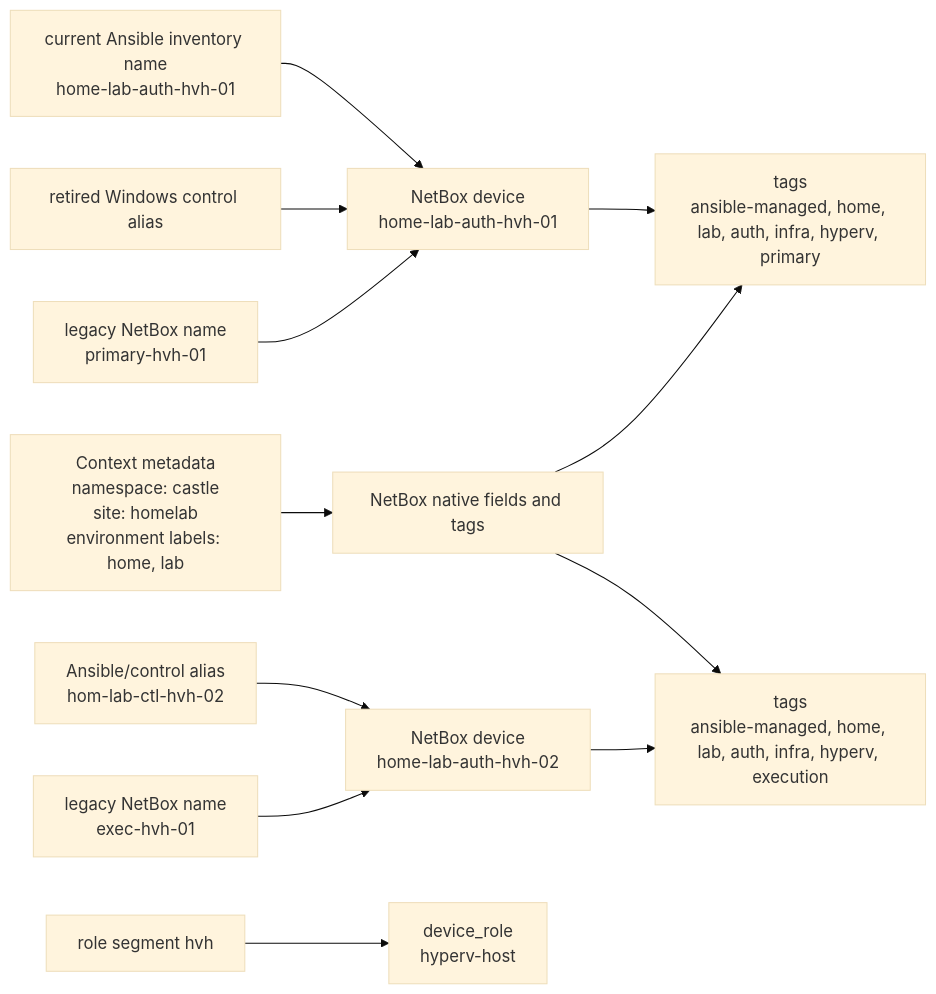
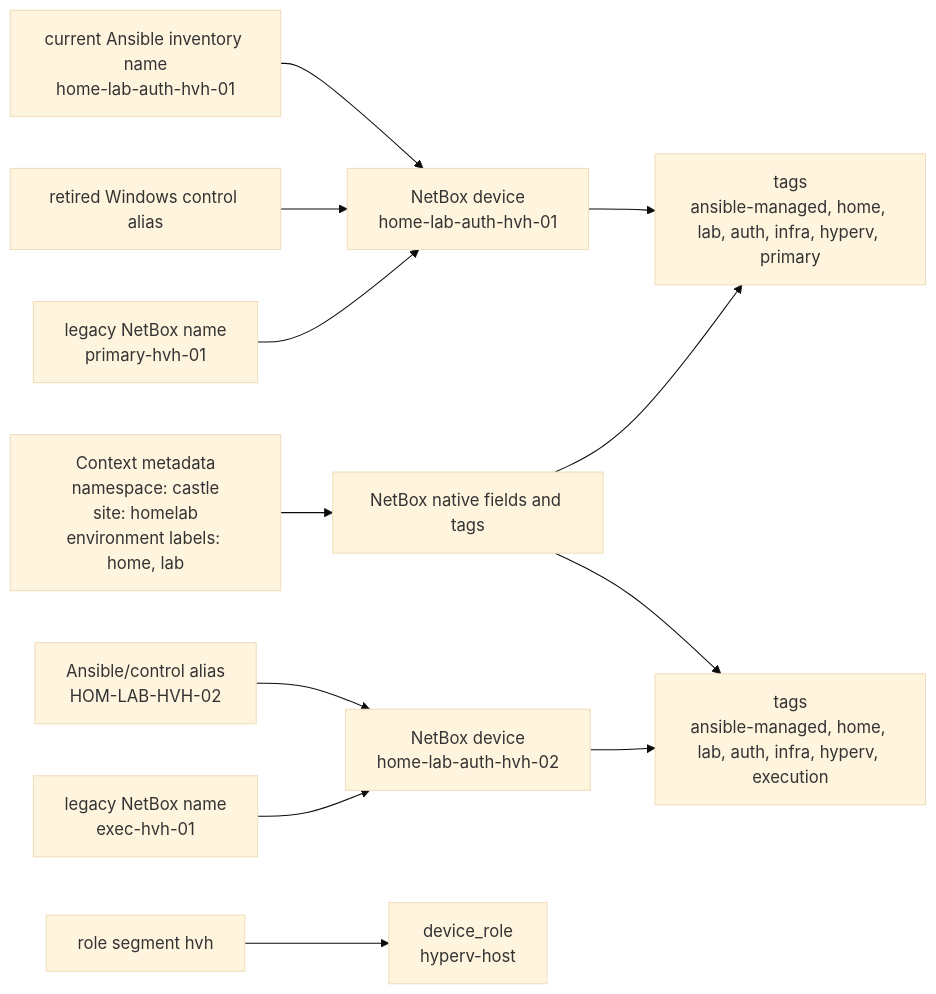
Before and after one commit to doesitscript/dotfile-vnext: the third of 3 diagrams in docs/plans/windows-public-share-netbox-naming/README.md, drawn with Mermaid (base theme). The commit also changed other lines of this file and 271 other files, not shown here.

First line of the commit message:
Rename schema dropping middle ctl and update HOM-LAB-CTL-HVH-01

````diff
--- a/docs/plans/windows-public-share-netbox-naming/README.md
+++ b/docs/plans/windows-public-share-netbox-naming/README.md
@@ -114,14 +114,14 @@
 ```mermaid
 graph LR
     context[Context metadata<br/>namespace: castle<br/>site: homelab<br/>environment labels: home, lab] --> netbox[NetBox native fields and tags]
     alias1[current Ansible inventory name<br/>home-lab-auth-hvh-01] --> name1[NetBox device<br/>home-lab-auth-hvh-01]
     legacy1[retired Windows control alias] --> name1
     old1[legacy NetBox name<br/>primary-hvh-01] --> name1
-    alias2[Ansible/control alias<br/>hom-lab-ctl-hvh-02] --> name2[NetBox device<br/>home-lab-auth-hvh-02]
+    alias2[Ansible/control alias<br/>HOM-LAB-HVH-02] --> name2[NetBox device<br/>home-lab-auth-hvh-02]
     old2[legacy NetBox name<br/>exec-hvh-01] --> name2
     role[role segment hvh] --> fullrole[device_role<br/>hyperv-host]
     name1 --> tags1[tags<br/>ansible-managed, home, lab, auth, infra, hyperv, primary]
     name2 --> tags2[tags<br/>ansible-managed, home, lab, auth, infra, hyperv, execution]
     netbox --> tags1
     netbox --> tags2
 ```
````
